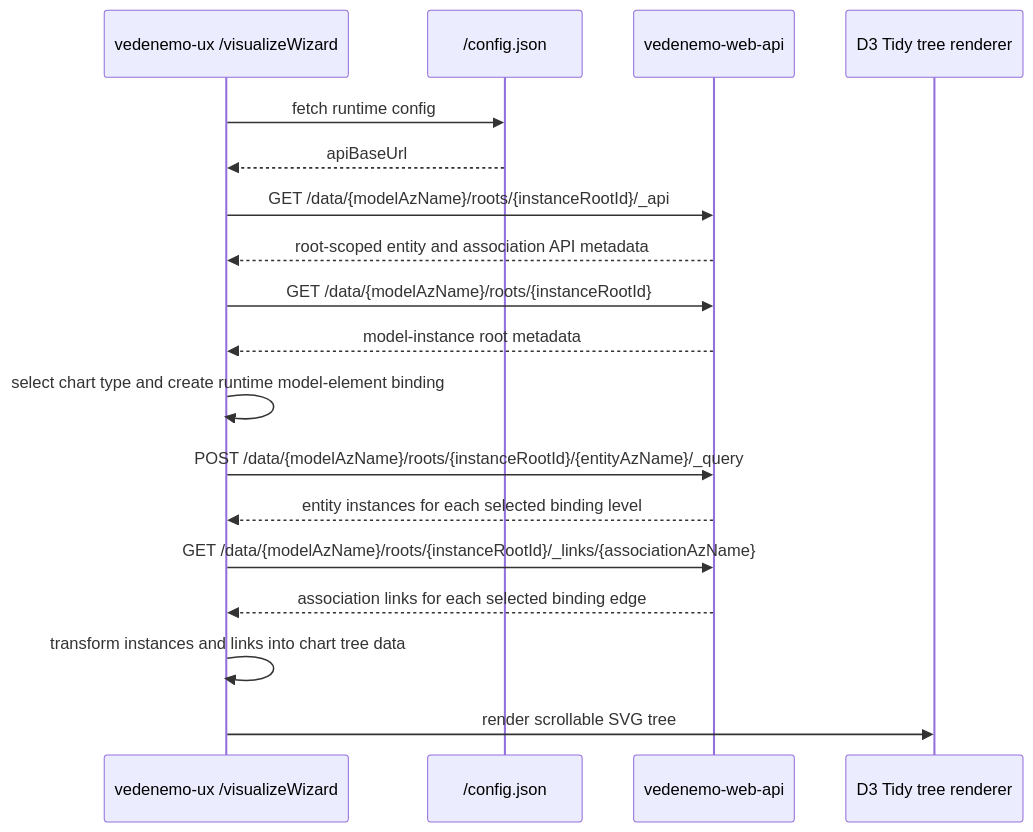
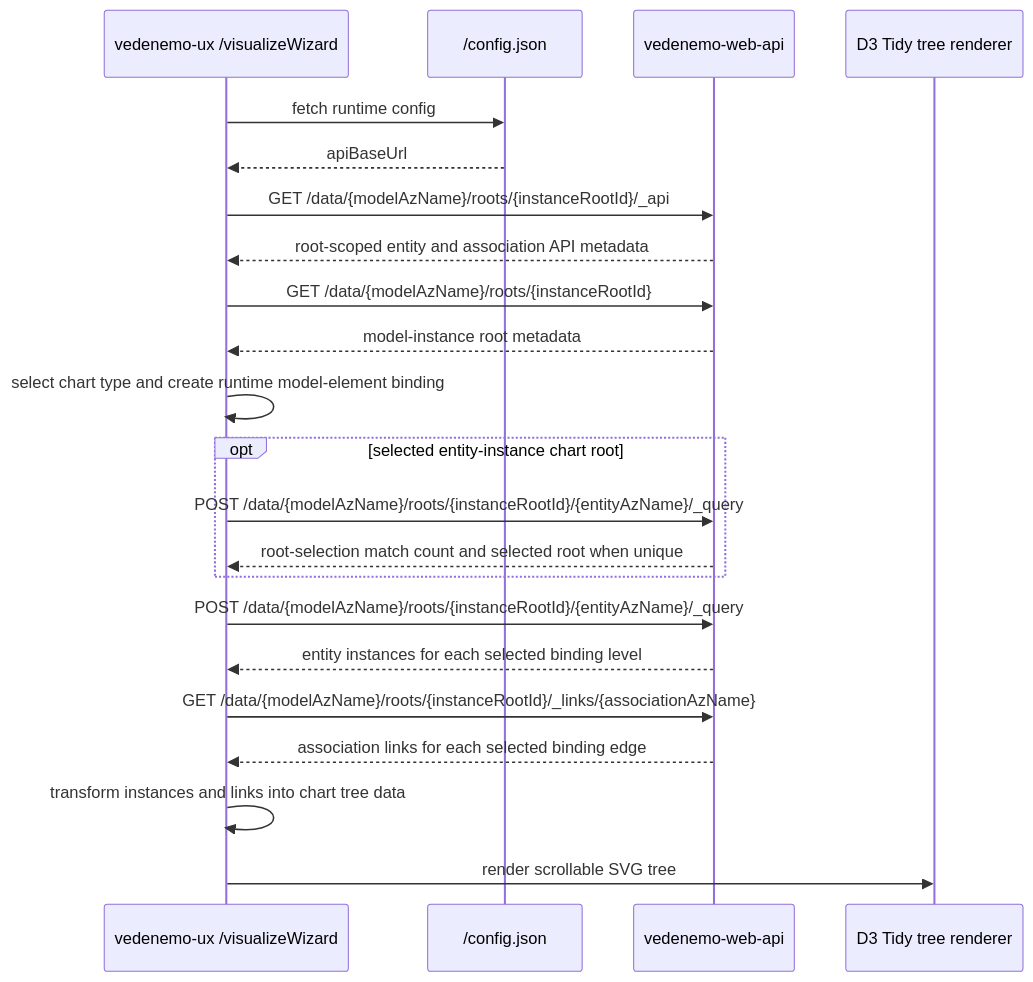
The tenth of 12 diagrams in docs/architecture_doc.md (VedenemoDev/VedenemoMonorepo), drawn with Mermaid before and after one commit. The commit also changed other lines of this file and 5 other files, not shown here.

First line of the commit message:
Add Tidy tree entity root selection

````diff
--- a/docs/architecture_doc.md
+++ b/docs/architecture_doc.md
@@ -877,21 +879,25 @@
 ```mermaid
 sequenceDiagram
     participant UX as vedenemo-ux /visualizeWizard
     participant Config as /config.json
     participant API as vedenemo-web-api
     participant D3 as D3 Tidy tree renderer
 
     UX->>Config: fetch runtime config
     Config-->>UX: apiBaseUrl
     UX->>API: GET /data/{modelAzName}/roots/{instanceRootId}/_api
     API-->>UX: root-scoped entity and association API metadata
     UX->>API: GET /data/{modelAzName}/roots/{instanceRootId}
     API-->>UX: model-instance root metadata
     UX->>UX: select chart type and create runtime model-element binding
+    opt selected entity-instance chart root
+        UX->>API: POST /data/{modelAzName}/roots/{instanceRootId}/{entityAzName}/_query
+        API-->>UX: root-selection match count and selected root when unique
+    end
     UX->>API: POST /data/{modelAzName}/roots/{instanceRootId}/{entityAzName}/_query
     API-->>UX: entity instances for each selected binding level
     UX->>API: GET /data/{modelAzName}/roots/{instanceRootId}/_links/{associationAzName}
     API-->>UX: association links for each selected binding edge
     UX->>UX: transform instances and links into chart tree data
     UX->>D3: render scrollable SVG tree
 ```
````
